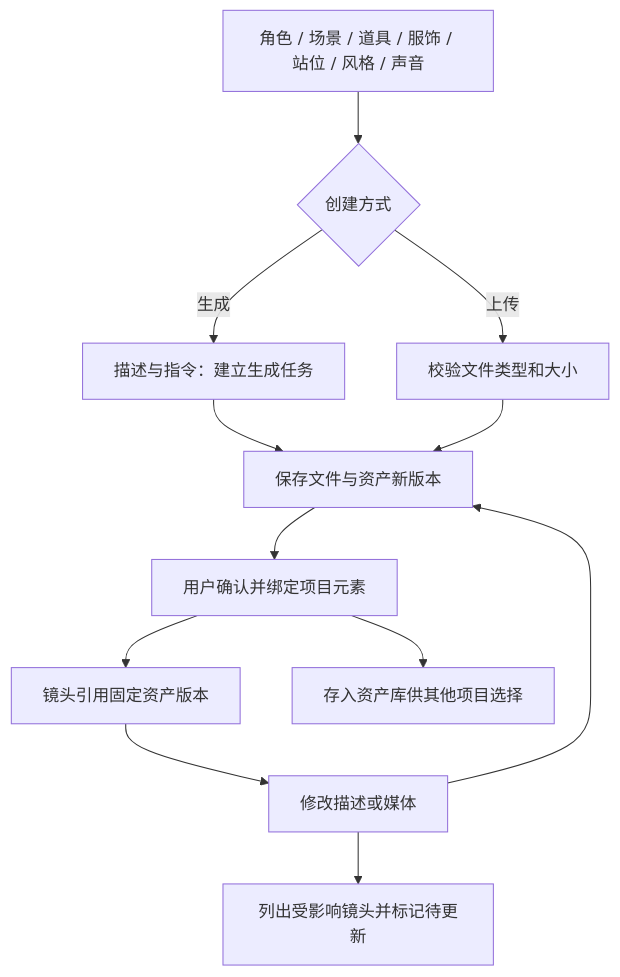
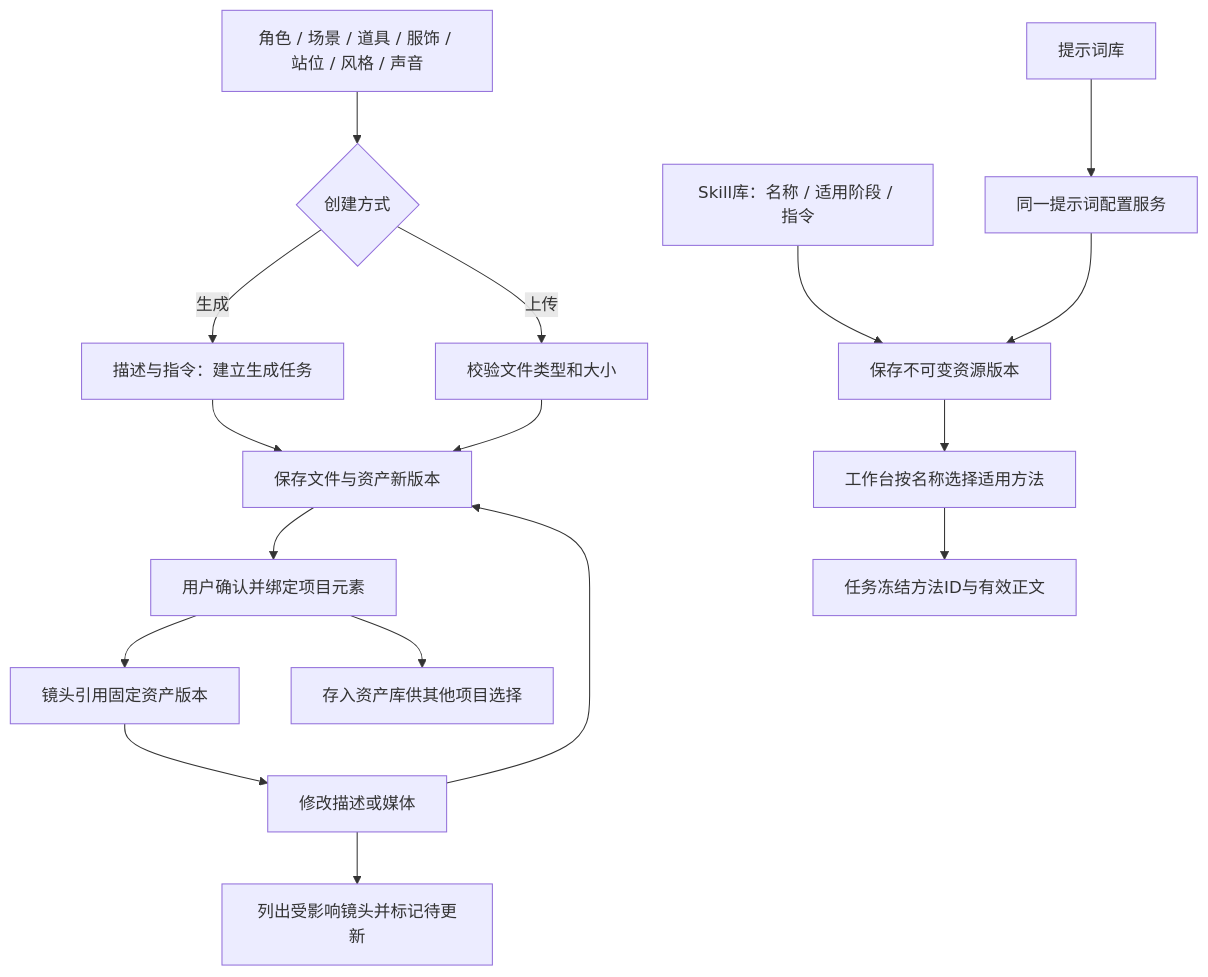
Before and after one commit to federra/MengyuanAI: the diagram in interaction-prd-workspace/reference/technical-diagrams/06-assets.mmd, drawn with Mermaid. The commit also changed 81 other files, not shown here.

```diff
--- a/interaction-prd-workspace/reference/technical-diagrams/06-assets.mmd
+++ b/interaction-prd-workspace/reference/technical-diagrams/06-assets.mmd
@@ -1,12 +1,17 @@
 flowchart TB
   A[角色 / 场景 / 道具 / 服饰 / 站位 / 风格 / 声音] --> B{创建方式}
   B -->|生成| C[描述与指令：建立生成任务]
   B -->|上传| D[校验文件类型和大小]
   C --> E[保存文件与资产新版本]
   D --> E
   E --> F[用户确认并绑定项目元素]
   F --> G[镜头引用固定资产版本]
   F --> LIB[存入资产库供其他项目选择]
   G --> H[修改描述或媒体]
   H --> E
   H --> IMPACT[列出受影响镜头并标记待更新]
+  SK[Skill库：名称 / 适用阶段 / 指令] --> MV[保存不可变资源版本]
+  PR[提示词库] --> PC[同一提示词配置服务]
+  PC --> MV
+  MV --> PICK[工作台按名称选择适用方法]
+  PICK --> SNAP[任务冻结方法ID与有效正文]
```
